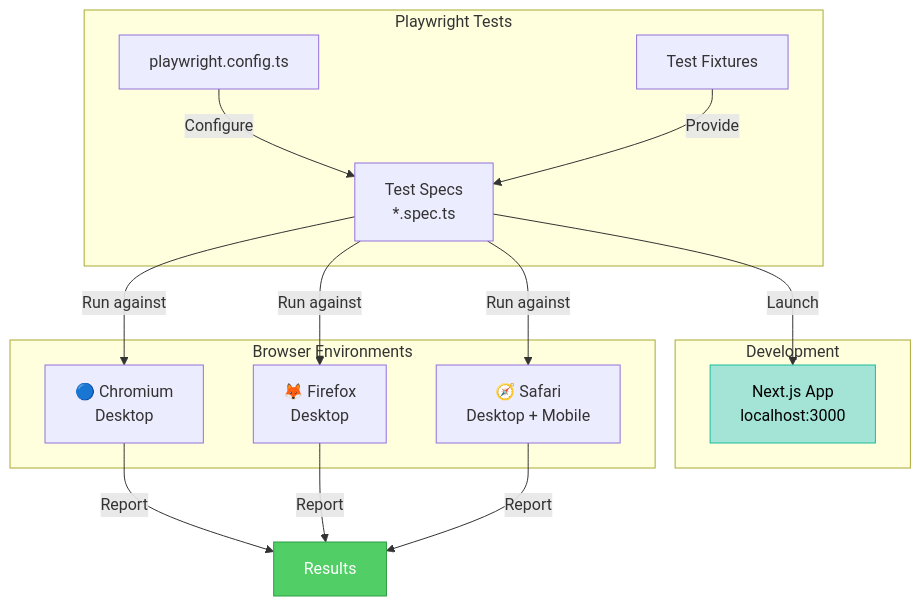
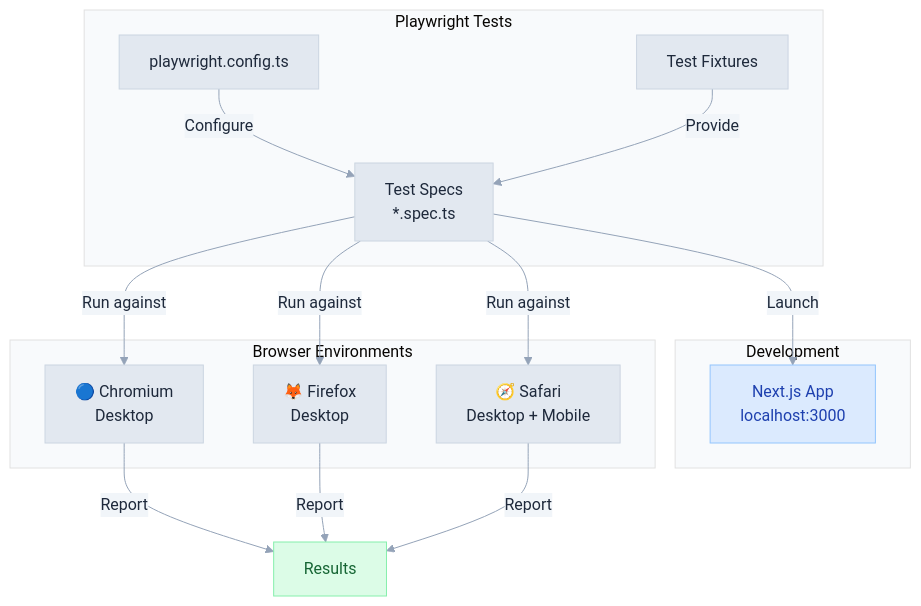
The diagram in doc/PLAYWRIGHT.md (3DHDSoft/devmultiplier-academy), drawn with Mermaid before and after one commit. The commit also changed 19 other files, not shown here.

````diff
--- a/doc/PLAYWRIGHT.md
+++ b/doc/PLAYWRIGHT.md
@@ -10,33 +10,43 @@
 ```mermaid
-graph TD
+%%{init: {'theme': 'base', 'themeVariables': {
+  'primaryColor': '#e2e8f0',
+  'primaryTextColor': '#1e293b',
+  'primaryBorderColor': '#cbd5e1',
+  'lineColor': '#94a3b8',
+  'secondaryColor': '#f1f5f9',
+  'tertiaryColor': '#f8fafc',
+  'background': '#ffffff',
+  'textColor': '#334155',
+  'fontFamily': 'system-ui, -apple-system, sans-serif'
+}}}%%graph TD
     subgraph Dev["Development"]
         App["Next.js App<br/>localhost:3000"]
     end
 
     subgraph Test["Playwright Tests"]
         Config["playwright.config.ts"]
         Fixtures["Test Fixtures"]
         Specs["Test Specs<br/>*.spec.ts"]
     end
 
     subgraph Browsers["Browser Environments"]
         Chromium["🔵 Chromium<br/>Desktop"]
         Firefox["🦊 Firefox<br/>Desktop"]
         Safari["🧭 Safari<br/>Desktop + Mobile"]
     end
 
     Specs -->|Launch| App
     Config -->|Configure| Specs
     Fixtures -->|Provide| Specs
 
     Specs -->|Run against| Chromium
     Specs -->|Run against| Firefox
     Specs -->|Run against| Safari
 
     Chromium -->|Report| Results["Results"]
     Firefox -->|Report| Results
     Safari -->|Report| Results
 
-    style App fill:#a3e4d7,stroke:#1abc9c,color:#000
-    style Results fill:#51cf66,stroke:#2f9e44,color:#fff
+    style App fill:#dbeafe,stroke:#93c5fd,color:#1e40af
+    style Results fill:#dcfce7,stroke:#86efac,color:#166534
 ```
````
